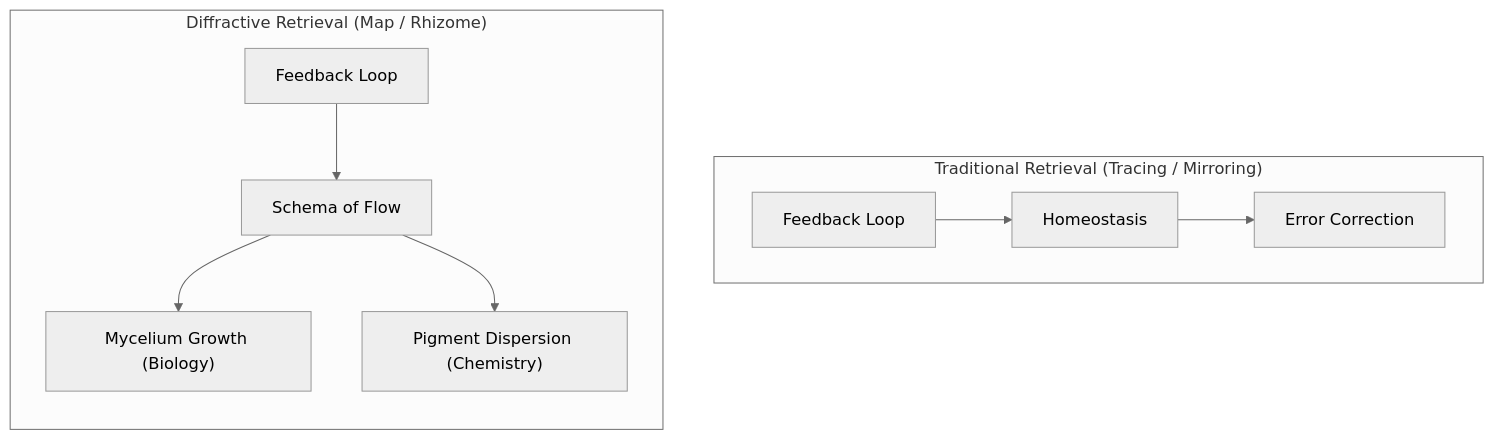
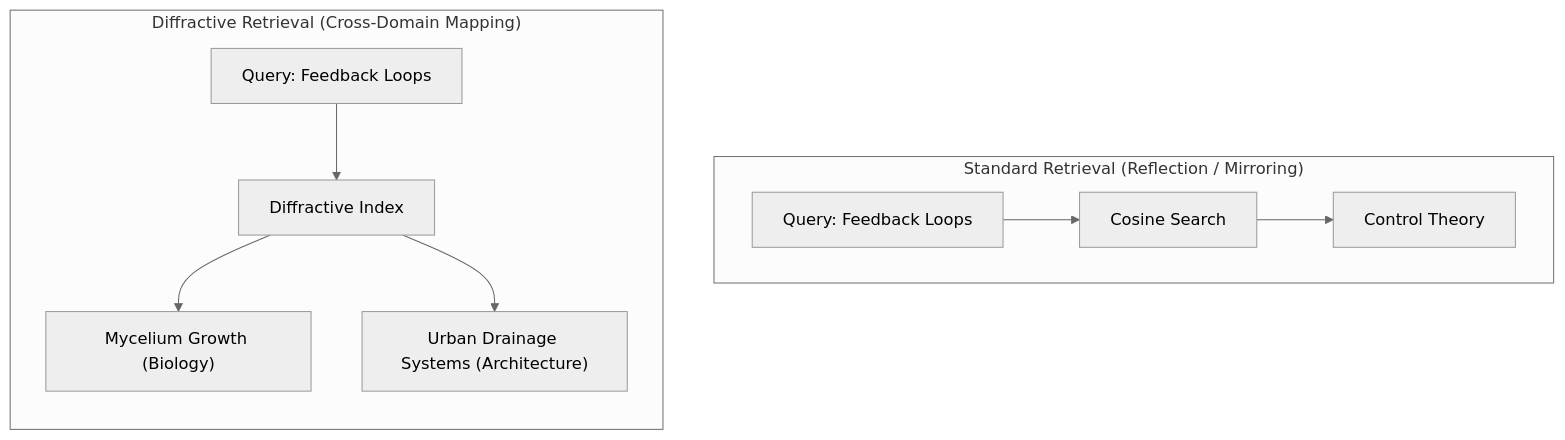
The diagram in docs/philosophy/PHILOSOPHY.md (sympoietic-systems/AAA), drawn with Mermaid (neutral theme) before and after one commit. The commit also changed other lines of this file and 21 other files, not shown here.

````diff
--- a/docs/philosophy/PHILOSOPHY.md
+++ b/docs/philosophy/PHILOSOPHY.md
@@ -72,14 +66,14 @@
 ```mermaid
 graph TD
-    subgraph Tracing ["Traditional Retrieval (Tracing / Mirroring)"]
+    subgraph Reflection ["Standard Retrieval (Reflection / Mirroring)"]
         direction LR
-        FL1["Feedback Loop"] --> H1["Homeostasis"] --> EC1["Error Correction"]
+        Q1["Query: Feedback Loops"] --> M1["Cosine Search"] --> R1["Control Theory"]
     end
     
-    subgraph Diffractive ["Diffractive Retrieval (Map / Rhizome)"]
+    subgraph Diffraction ["Diffractive Retrieval (Cross-Domain Mapping)"]
         direction TB
-        FL2["Feedback Loop"] --> SF["Schema of Flow"]
-        SF --> MG["Mycelium Growth (Biology)"]
-        SF --> PB["Pigment Dispersion (Chemistry)"]
+        Q2["Query: Feedback Loops"] --> DI["Diffractive Index"]
+        DI --> B1["Mycelium Growth (Biology)"]
+        DI --> A1["Urban Drainage Systems (Architecture)"]
     end
 ```
````
